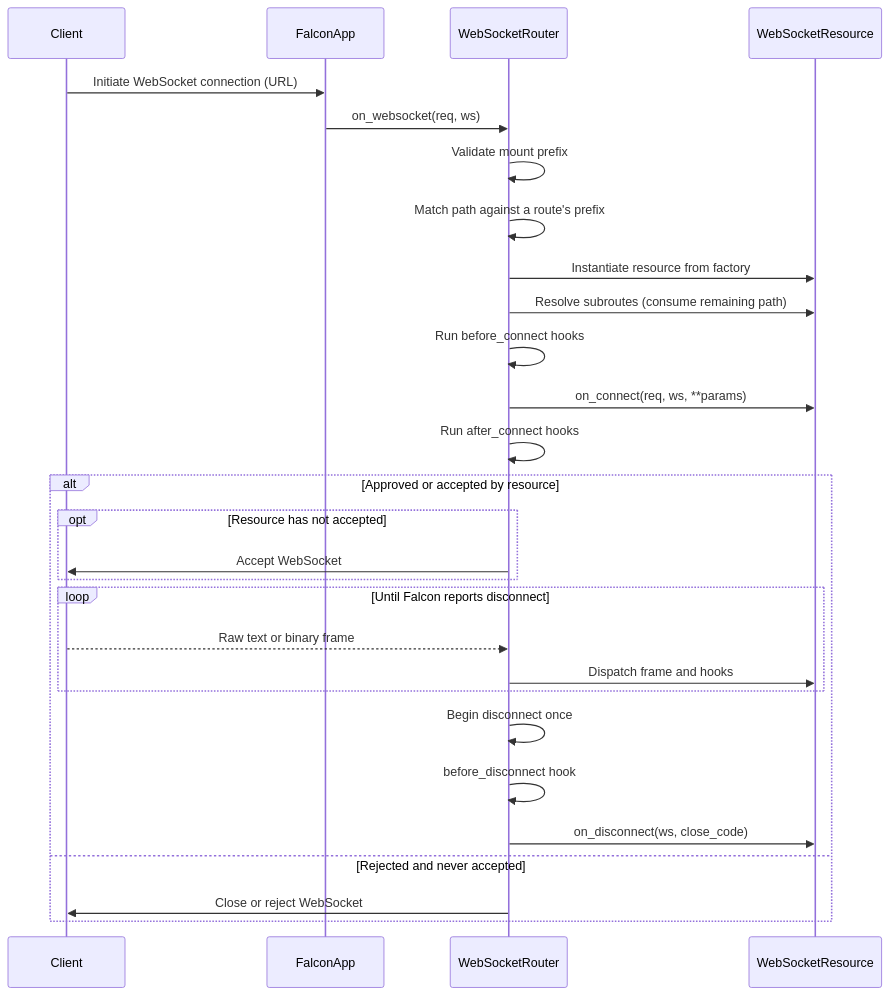
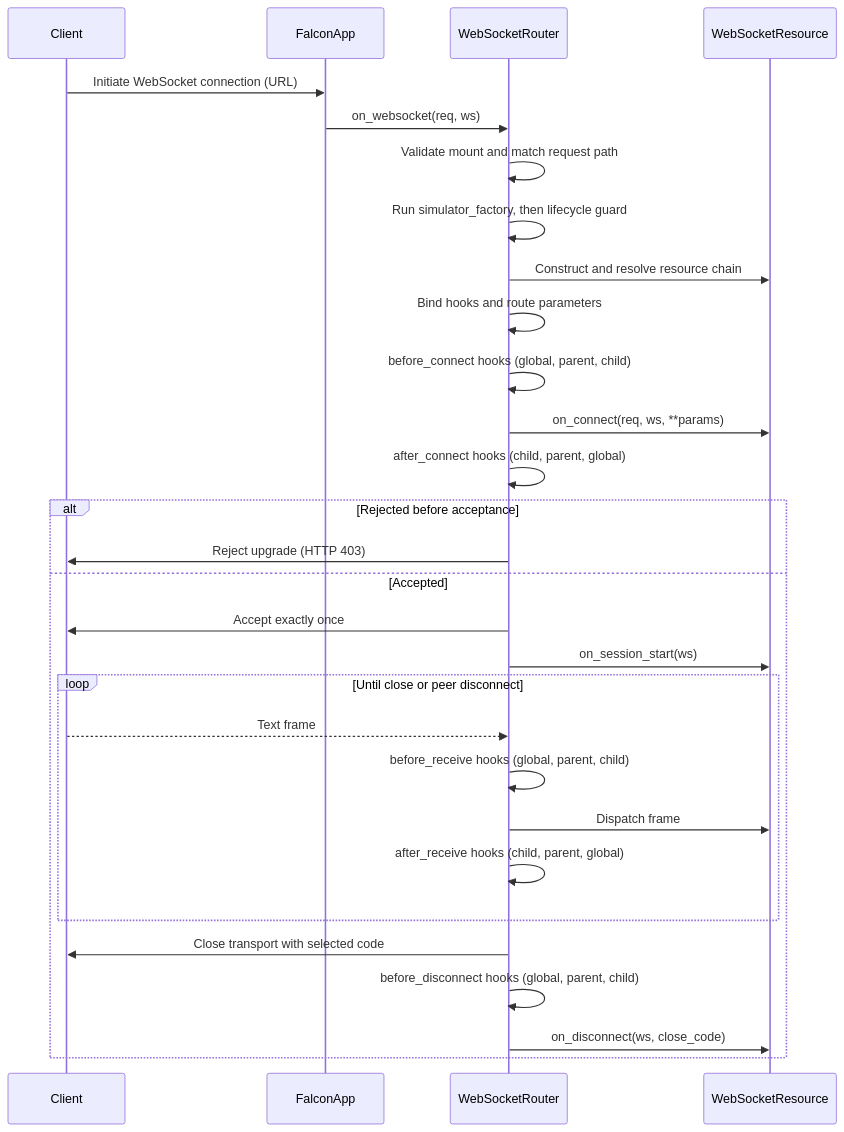
One commit to leynos/falcon-pachinko changed the fourth of 13 diagrams in docs/falcon-websocket-extension-design.md. Above: the diagram before and after it, drawn with Mermaid. The commit also changed other lines of this file and 58 other files, not shown here.

First line of the commit message:
Define WebSocket connection lifecycle

````diff
--- a/docs/falcon-websocket-extension-design.md
+++ b/docs/falcon-websocket-extension-design.md
@@ -994,31 +1000,32 @@
 ```mermaid
 sequenceDiagram
     participant Client
     participant FalconApp
     participant WebSocketRouter
     participant WebSocketResource
 
     Client->>FalconApp: Initiate WebSocket connection (URL)
     FalconApp->>WebSocketRouter: on_websocket(req, ws)
-    WebSocketRouter->>WebSocketRouter: Validate mount prefix
-    WebSocketRouter->>WebSocketRouter: Match path against a route's prefix
-    WebSocketRouter->>WebSocketResource: Instantiate resource from factory
-    WebSocketRouter->>WebSocketResource: Resolve subroutes (consume remaining path)
-    WebSocketRouter->>WebSocketRouter: Run before_connect hooks
+    WebSocketRouter->>WebSocketRouter: Validate mount and match request path
+    WebSocketRouter->>WebSocketRouter: Run simulator_factory, then lifecycle guard
+    WebSocketRouter->>WebSocketResource: Construct and resolve resource chain
+    WebSocketRouter->>WebSocketRouter: Bind hooks and route parameters
+    WebSocketRouter->>WebSocketRouter: before_connect hooks (global, parent, child)
     WebSocketRouter->>WebSocketResource: on_connect(req, ws, **params)
-    WebSocketRouter->>WebSocketRouter: Run after_connect hooks
-    alt Approved or accepted by resource
-        opt Resource has not accepted
-            WebSocketRouter->>Client: Accept WebSocket
+    WebSocketRouter->>WebSocketRouter: after_connect hooks (child, parent, global)
+    alt Rejected before acceptance
+        WebSocketRouter->>Client: Reject upgrade (HTTP 403)
+    else Accepted
+        WebSocketRouter->>Client: Accept exactly once
+        WebSocketRouter->>WebSocketResource: on_session_start(ws)
+        loop Until close or peer disconnect
+            Client-->>WebSocketRouter: Text frame
+            WebSocketRouter->>WebSocketRouter: before_receive hooks (global, parent, child)
+            WebSocketRouter->>WebSocketResource: Dispatch frame
+            WebSocketRouter->>WebSocketRouter: after_receive hooks (child, parent, global)
         end
-        loop Until Falcon reports disconnect
-            Client-->>WebSocketRouter: Raw text or binary frame
-            WebSocketRouter->>WebSocketResource: Dispatch frame and hooks
-        end
-        WebSocketRouter->>WebSocketRouter: Begin disconnect once
-        WebSocketRouter->>WebSocketRouter: before_disconnect hook
+        WebSocketRouter->>Client: Close transport with selected code
+        WebSocketRouter->>WebSocketRouter: before_disconnect hooks (global, parent, child)
         WebSocketRouter->>WebSocketResource: on_disconnect(ws, close_code)
-    else Rejected and never accepted
-        WebSocketRouter->>Client: Close or reject WebSocket
     end
 ```
````
